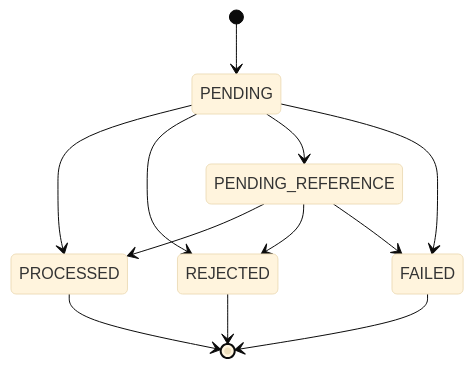
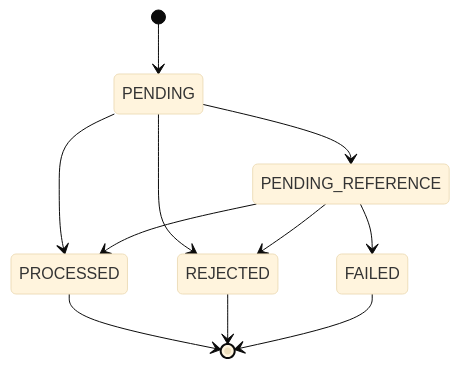
Before and after one commit to FelipeSakai/wager-ledger: the diagram in docs/specs/003-wager-processing-and-idempotency.md, drawn with Mermaid (base theme). The commit also changed other lines of this file and 33 other files, not shown here.

Commit message:
docs: align architecture specifications and operating guides

````diff
--- a/docs/specs/003-wager-processing-and-idempotency.md
+++ b/docs/specs/003-wager-processing-and-idempotency.md
@@ -99,14 +106,13 @@
 ```mermaid
 stateDiagram-v2
   [*] --> PENDING
   PENDING --> PROCESSED
   PENDING --> REJECTED
   PENDING --> PENDING_REFERENCE
-  PENDING --> FAILED
   PENDING_REFERENCE --> PROCESSED
   PENDING_REFERENCE --> REJECTED
   PENDING_REFERENCE --> FAILED
   PROCESSED --> [*]
   REJECTED --> [*]
   FAILED --> [*]
 ```
````
